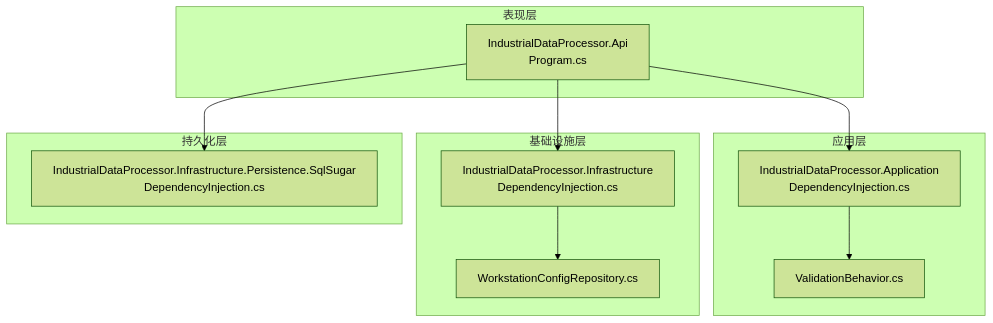
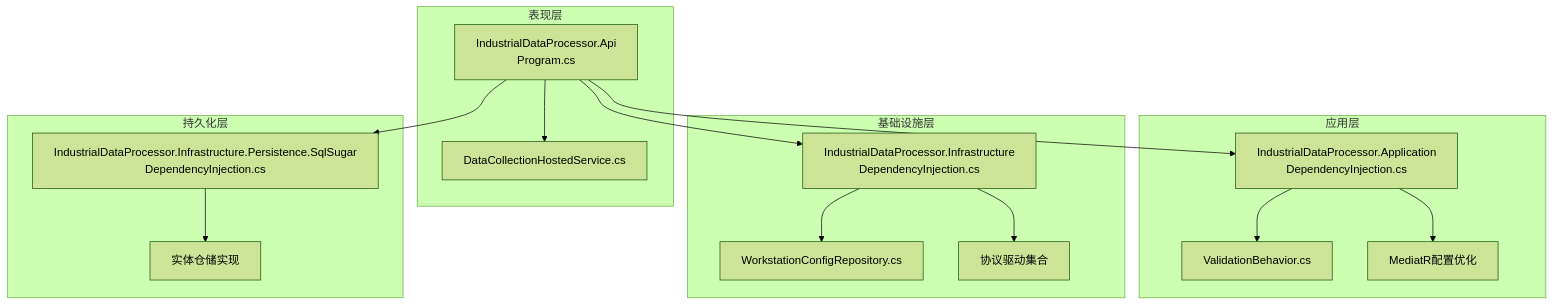
Before and after one commit to whitemousetl/IndustrialDataSolution: the first of 3 diagrams in .qoder/repowiki/zh/content/系统架构设计/依赖注入配置.md, drawn with Mermaid (forest theme). The commit also changed other lines of this file and 18 other files, not shown here.

````diff
--- a/.qoder/repowiki/zh/content/系统架构设计/依赖注入配置.md
+++ b/.qoder/repowiki/zh/content/系统架构设计/依赖注入配置.md
@@ -45,22 +59,30 @@
 ```mermaid
 graph TB
 subgraph "表现层"
 API["IndustrialDataProcessor.Api<br/>Program.cs"]
+HOSTED["DataCollectionHostedService.cs"]
 end
 subgraph "应用层"
 APP["IndustrialDataProcessor.Application<br/>DependencyInjection.cs"]
 VALID["ValidationBehavior.cs"]
+MED["MediatR配置优化"]
 end
 subgraph "基础设施层"
 INFRA["IndustrialDataProcessor.Infrastructure<br/>DependencyInjection.cs"]
 REPO["WorkstationConfigRepository.cs"]
+DRIVERS["协议驱动集合"]
 end
 subgraph "持久化层"
 PERSIST["IndustrialDataProcessor.Infrastructure.Persistence.SqlSugar<br/>DependencyInjection.cs"]
+ENTITIES["实体仓储实现"]
 end
+API --> HOSTED
 API --> APP
 API --> INFRA
 API --> PERSIST
 APP --> VALID
+APP --> MED
 INFRA --> REPO
+INFRA --> DRIVERS
+PERSIST --> ENTITIES
 ```
````
